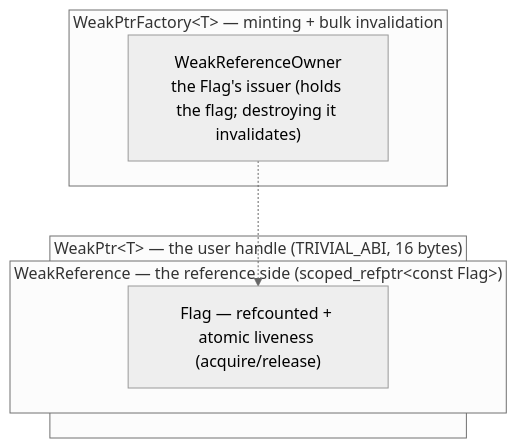
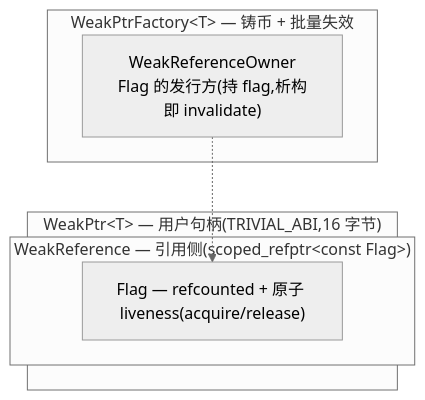
The diagram in documents/en/vol9-open-source-project-learn/chrome/02_weak_ptr/hands_on/01-weak-ptr-design.md (Awesome-Embedded-Learning-Studio/Tutorial_AwesomeModernCPP), drawn with Mermaid (neutral theme) before and after one commit. The commit also changed other lines of this file and 749 other files, not shown here.

````diff
--- a/documents/en/vol9-open-source-project-learn/chrome/02_weak_ptr/hands_on/01-weak-ptr-design.md
+++ b/documents/en/vol9-open-source-project-learn/chrome/02_weak_ptr/hands_on/01-weak-ptr-design.md
@@ -109,12 +109,12 @@
 ```mermaid
 flowchart TB
-    subgraph FAC["WeakPtrFactory&lt;T&gt; — minting + bulk invalidation"]
-        RO["WeakReferenceOwner<br/>the Flag's issuer (holds the flag; destroying it invalidates)"]
+    subgraph FAC["WeakPtrFactory&lt;T&gt; — 铸币 + 批量失效"]
+        RO["WeakReferenceOwner<br/>Flag 的发行方(持 flag,析构即 invalidate)"]
     end
-    subgraph WP["WeakPtr&lt;T&gt; — the user handle (TRIVIAL_ABI, 16 bytes)"]
-        subgraph WR["WeakReference — the reference side (scoped_refptr&lt;const Flag&gt;)"]
-            Flag["Flag — refcounted + atomic liveness (acquire/release)"]
+    subgraph WP["WeakPtr&lt;T&gt; — 用户句柄(TRIVIAL_ABI,16 字节)"]
+        subgraph WR["WeakReference — 引用侧(scoped_refptr&lt;const Flag&gt;)"]
+            Flag["Flag — refcounted + 原子 liveness(acquire/release)"]
         end
     end
     RO -.-> Flag
 ```
````
